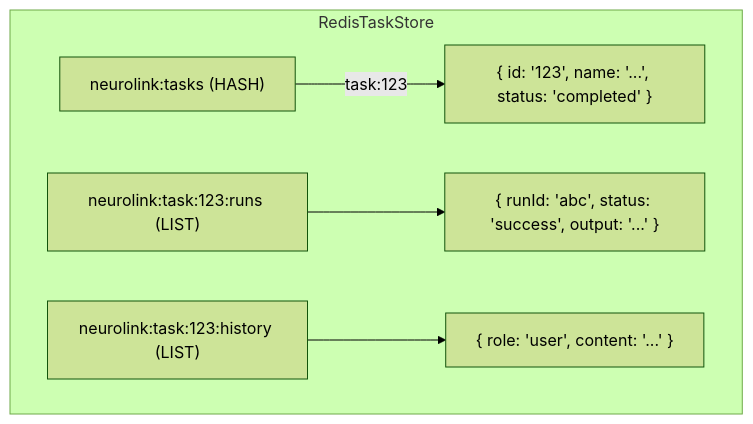
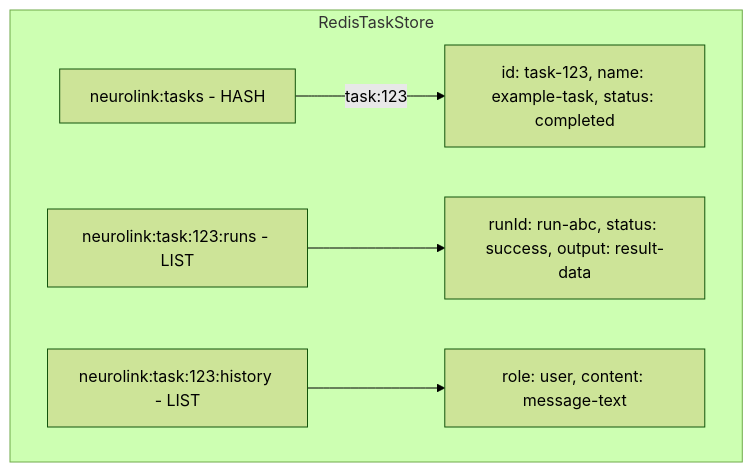
Before and after one commit to juspay/neurolink-blog: the diagram in _posts/2026-06-29-two-backends-two-stores-one-taskmanager-how-neurolink-schedules-ai-work.md, drawn with Mermaid (forest theme). The commit also changed other lines of this file and 172 other files, not shown here.

````diff
--- a/_posts/2026-06-29-two-backends-two-stores-one-taskmanager-how-neurolink-schedules-ai-work.md
+++ b/_posts/2026-06-29-two-backends-two-stores-one-taskmanager-how-neurolink-schedules-ai-work.md
@@ -131,8 +131,8 @@
 ```mermaid
 graph TD
-    subgraph RedisTaskStore
-        A["neurolink:tasks (HASH)"] -- "task:123" --> B["{ id: '123', name: '...', status: 'completed' }"];
-        C["neurolink:task:123:runs (LIST)"] --> D["{ runId: 'abc', status: 'success', output: '...' }"];
-        E["neurolink:task:123:history (LIST)"] --> F["{ role: 'user', content: '...' }"];
+    subgraph RTS["RedisTaskStore"]
+        A["neurolink:tasks - HASH"] -- "task:123" --> B["id: task-123, name: example-task, status: completed"];
+        C["neurolink:task:123:runs - LIST"] --> D["runId: run-abc, status: success, output: result-data"];
+        E["neurolink:task:123:history - LIST"] --> F["role: user, content: message-text"];
     end
 ```
````
